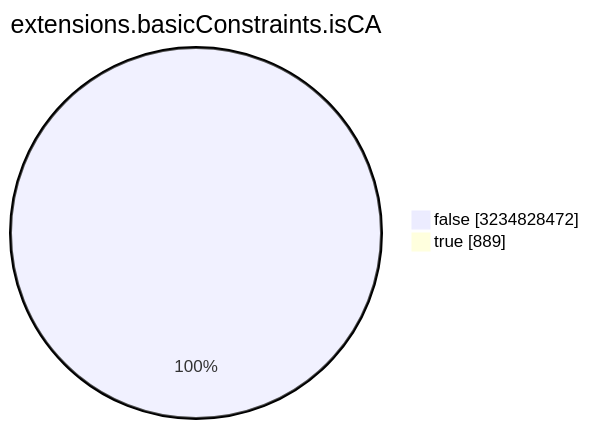
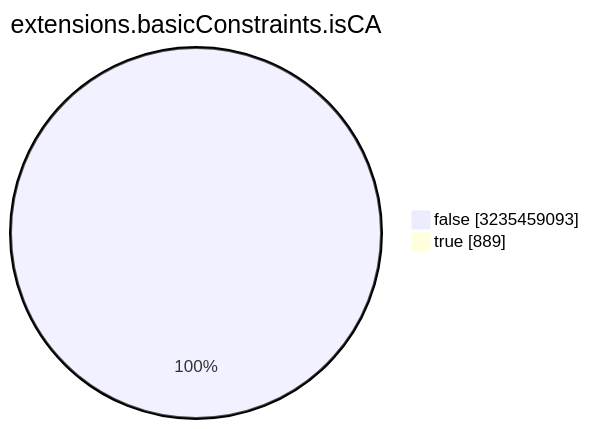
One commit to christiankrug/ctmonitor_visualization changed the seventh of 15 diagrams in TOTAL/README.md. Above: the diagram before and after it, drawn with Mermaid. The commit also changed other lines of this file, not shown here.

````diff
--- a/TOTAL/README.md
+++ b/TOTAL/README.md
@@ -3088,6 +3088,6 @@
 ```mermaid
 pie showData
 title extensions.basicConstraints.isCA
-"false" :3234828472
+"false" :3235459093
 "true" :889
 ```
````
